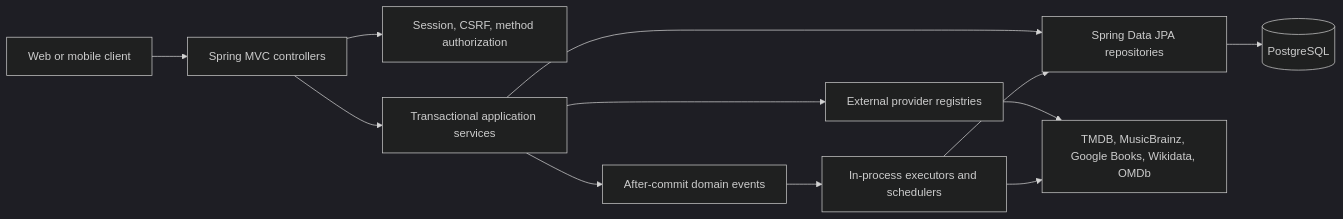
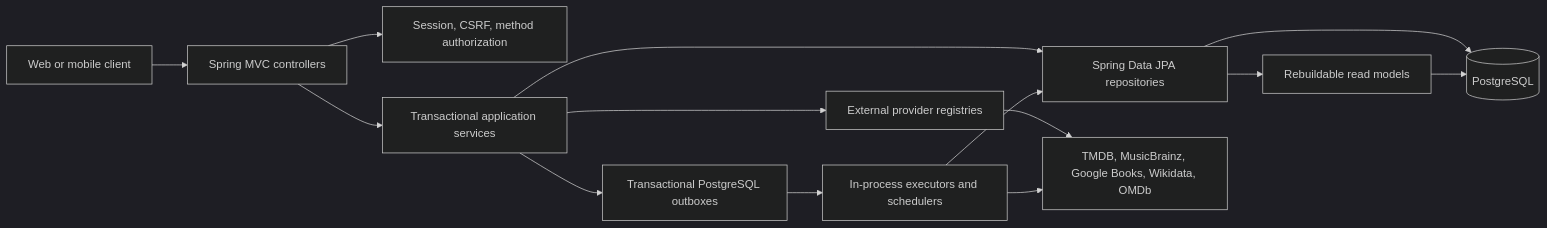
One commit to pablodixs/cabinet.backend changed the first of 2 diagrams in docs/architecture.md. Above: the diagram before and after it, drawn with Mermaid (dark theme). The commit also changed other lines of this file and 85 other files, not shown here.

Commit message:
Evolve Cabinet architecture and product surfaces

````diff
--- a/docs/architecture.md
+++ b/docs/architecture.md
@@ -7,14 +7,16 @@
 ```mermaid
 flowchart LR
     Client["Web or mobile client"] --> MVC["Spring MVC controllers"]
     MVC --> Security["Session, CSRF, method authorization"]
     MVC --> Services["Transactional application services"]
     Services --> Repositories["Spring Data JPA repositories"]
     Repositories --> DB[(PostgreSQL)]
     Services --> Registries["External provider registries"]
     Registries --> APIs["TMDB, MusicBrainz, Google Books, Wikidata, OMDb"]
-    Services --> Events["After-commit domain events"]
-    Events --> Workers["In-process executors and schedulers"]
+    Services --> Outbox["Transactional PostgreSQL outboxes"]
+    Outbox --> Workers["In-process executors and schedulers"]
     Workers --> Repositories
     Workers --> APIs
+    Repositories --> ReadModels["Rebuildable read models"]
+    ReadModels --> DB
 ```
````
